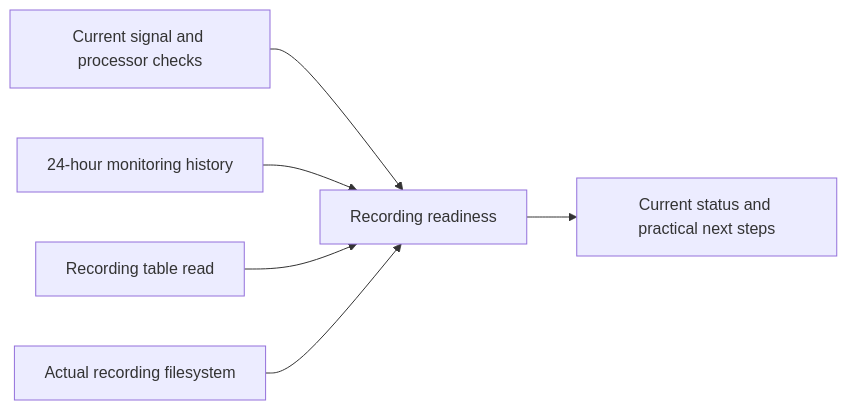
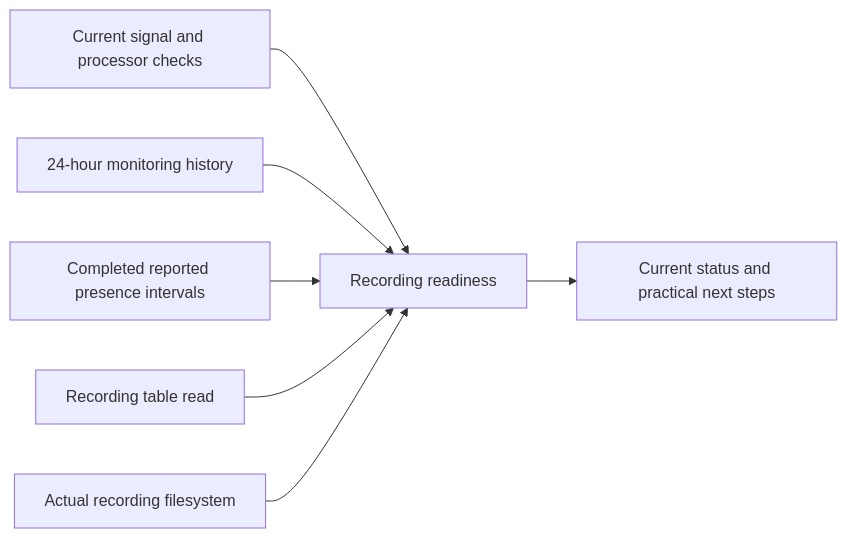
One commit to sleepypod/core changed the diagram in docs/RECORDING_READINESS.md. Above: the diagram before and after it, drawn with Mermaid. The commit also changed other lines of this file and 11 other files, not shown here.

First line of the commit message:
feat: flag repeated short reported presence breaks (#92)

````diff
--- a/docs/RECORDING_READINESS.md
+++ b/docs/RECORDING_READINESS.md
@@ -7,8 +7,9 @@
 ```mermaid
 flowchart LR
   Sensors[Current signal and processor checks] --> Review[Recording readiness]
   History[24-hour monitoring history] --> Review
+  Intervals[Completed reported presence intervals] --> Review
   Database[Recording table read] --> Review
   Disk[Actual recording filesystem] --> Review
   Review --> App[Current status and practical next steps]
 ```
````
